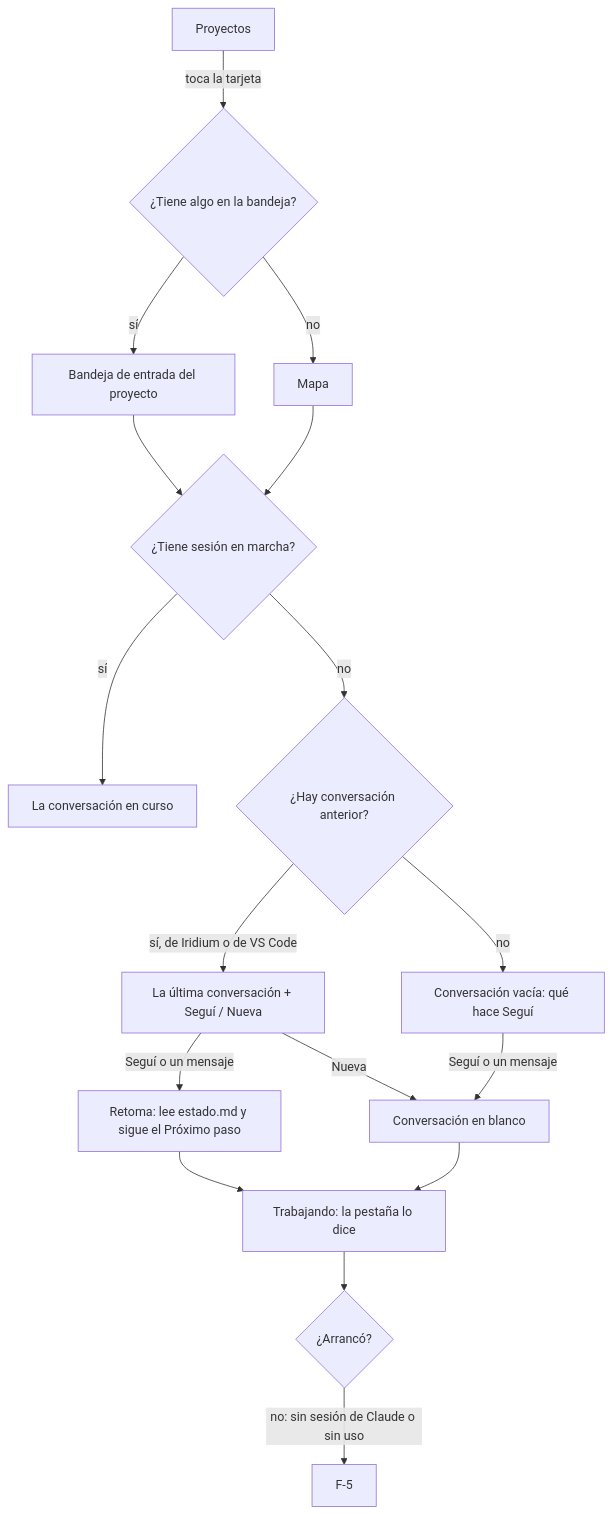
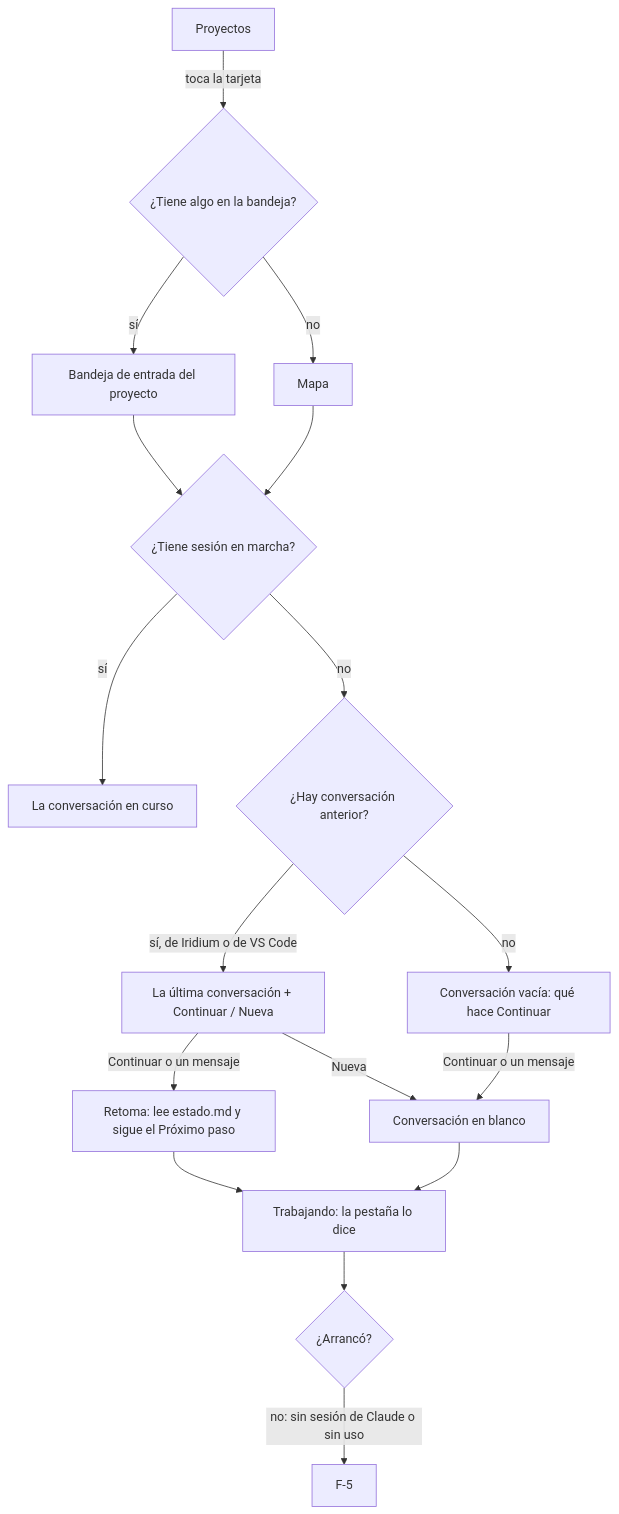
Before and after one commit to LlanosLautaro/Iridium: the first of 9 diagrams in docs/04-ux.md, drawn with Mermaid. The commit also changed other lines of this file and 15 other files, not shown here.

````diff
--- a/docs/04-ux.md
+++ b/docs/04-ux.md
@@ -173,19 +173,19 @@
 ```mermaid
 flowchart TD
   A[Proyectos] -->|toca la tarjeta| B{¿Tiene algo en la bandeja?}
   B -->|sí| C[Bandeja de entrada del proyecto]
   B -->|no| D[Mapa]
   C --> E{¿Tiene sesión en marcha?}
   D --> E
   E -->|sí| F[La conversación en curso]
   E -->|no| G{¿Hay conversación anterior?}
-  G -->|sí, de Iridium o de VS Code| H[La última conversación + Seguí / Nueva]
-  G -->|no| I[Conversación vacía: qué hace Seguí]
-  H -->|Seguí o un mensaje| J[Retoma: lee estado.md y sigue el Próximo paso]
+  G -->|sí, de Iridium o de VS Code| H[La última conversación + Continuar / Nueva]
+  G -->|no| I[Conversación vacía: qué hace Continuar]
+  H -->|Continuar o un mensaje| J[Retoma: lee estado.md y sigue el Próximo paso]
   H -->|Nueva| K[Conversación en blanco]
-  I -->|Seguí o un mensaje| K
+  I -->|Continuar o un mensaje| K
   J --> L[Trabajando: la pestaña lo dice]
   K --> L
   L --> M{¿Arrancó?}
   M -->|no: sin sesión de Claude o sin uso| N[F-5]
 ```
````
